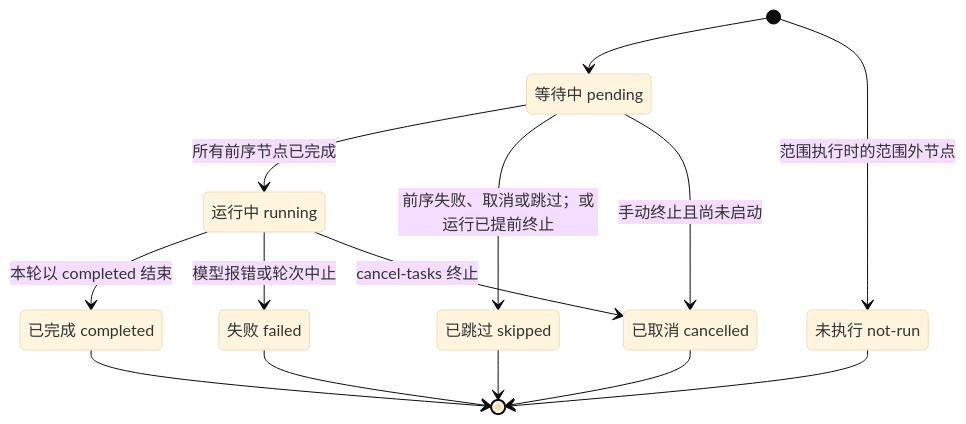
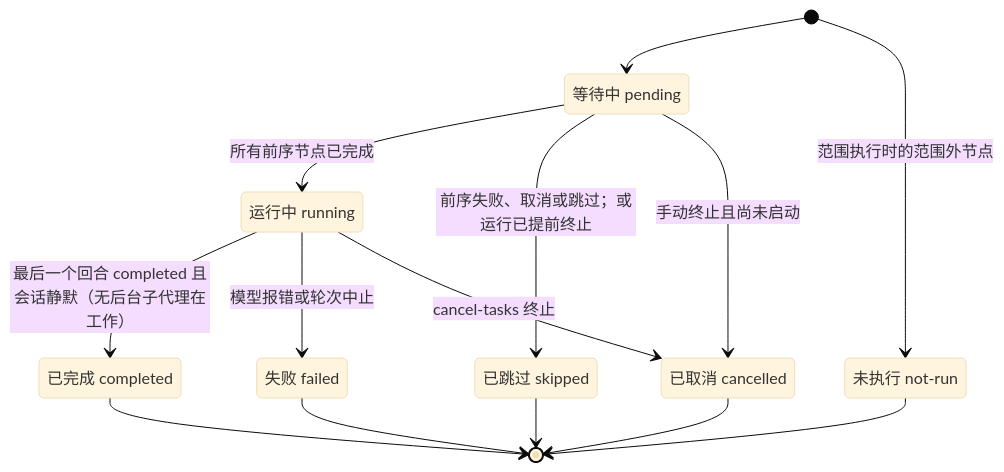
One commit to czyt1988/dsh-workflow-orchestrator changed the diagram in docs/user/stopping-and-errors.md. Above: the diagram before and after it, drawn with Mermaid (base theme). The commit also changed other lines of this file and 13 other files, not shown here.

````diff
--- a/docs/user/stopping-and-errors.md
+++ b/docs/user/stopping-and-errors.md
@@ -63,23 +63,23 @@
 ```mermaid
 stateDiagram-v2
   state "等待中 pending" as Pending
   state "运行中 running" as Running
   state "已完成 completed" as Completed
   state "失败 failed" as Failed
   state "已跳过 skipped" as Skipped
   state "已取消 cancelled" as Cancelled
   state "未执行 not-run" as NotRun
   [*] --> Pending
   [*] --> NotRun: 范围执行时的范围外节点
   Pending --> Running: 所有前序节点已完成
   Pending --> Skipped: 前序失败、取消或跳过；或运行已提前终止
   Pending --> Cancelled: 手动终止且尚未启动
-  Running --> Completed: 本轮以 completed 结束
+  Running --> Completed: 最后一个回合 completed 且会话静默（无后台子代理在工作）
   Running --> Failed: 模型报错或轮次中止
   Running --> Cancelled: cancel-tasks 终止
   Completed --> [*]
   Failed --> [*]
   Skipped --> [*]
   Cancelled --> [*]
   NotRun --> [*]
 ```
````
